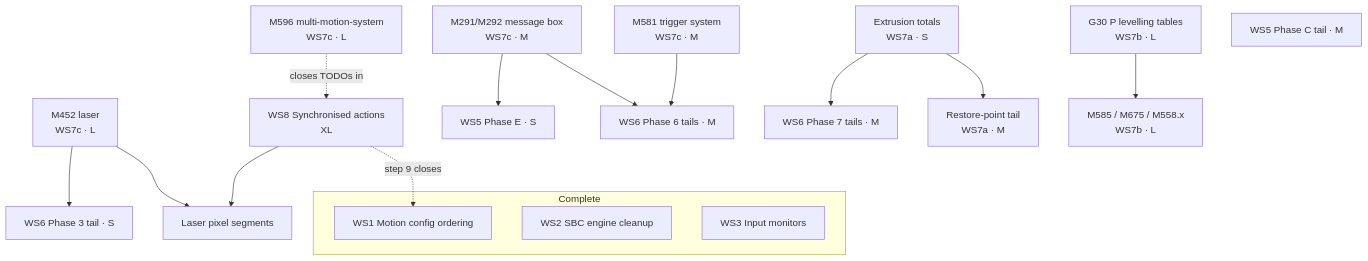
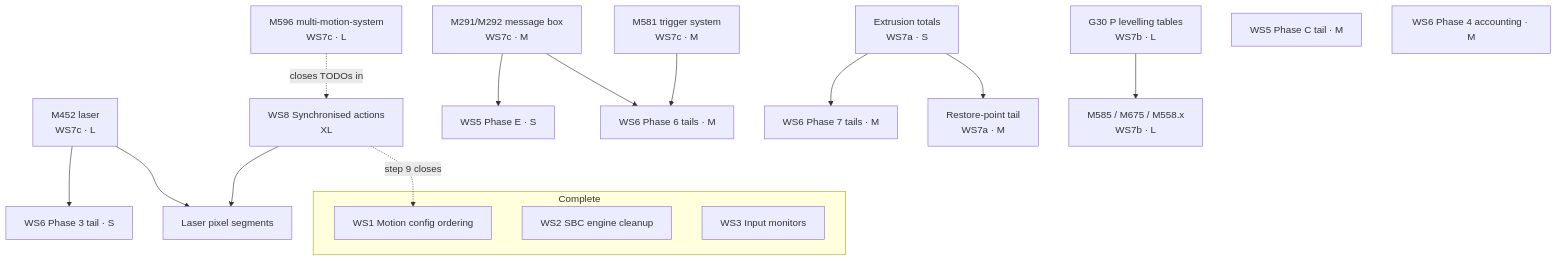
The diagram in docs/devel/PROJECT_OVERVIEW.md (Duet3D/DuetSoftwareFramework), drawn with Mermaid before and after one commit. The commit also changed other lines of this file and 1 other file, not shown here.

````diff
--- a/docs/devel/PROJECT_OVERVIEW.md
+++ b/docs/devel/PROJECT_OVERVIEW.md
@@ -186,37 +189,38 @@
 ```mermaid
 graph TD
     subgraph done ["Complete"]
         WS1["WS1 Motion config ordering"]
         WS2["WS2 SBC engine cleanup"]
         WS3["WS3 Input monitors"]
     end
 
     M291["M291/M292 message box<br/>WS7c · M"]
     M581["M581 trigger system<br/>WS7c · M"]
     M452["M452 laser<br/>WS7c · L"]
     M596["M596 multi-motion-system<br/>WS7c · L"]
     EXTR["Extrusion totals<br/>WS7a · S"]
     G30P["G30 P levelling tables<br/>WS7b · L"]
 
     E_C["WS5 Phase C tail · M"]
     E_E["WS5 Phase E · S"]
+    J4["WS6 Phase 4 accounting · M"]
     J6["WS6 Phase 6 tails · M"]
     J3["WS6 Phase 3 tail · S"]
     J7["WS6 Phase 7 tails · M"]
     PROBE["M585 / M675 / M558.x<br/>WS7b · L"]
     RP["Restore-point tail<br/>WS7a · M"]
     WS8["WS8 Synchronised actions<br/>XL"]
     LASERSEG["Laser pixel segments"]
 
     M291 --> E_E
     M291 --> J6
     M581 --> J6
     M452 --> J3
     EXTR --> J7
     EXTR --> RP
     G30P --> PROBE
     M596 -.->|closes TODOs in| WS8
     WS8 --> LASERSEG
     M452 --> LASERSEG
     WS8 -.->|step 9 closes| WS1
 ```
````
